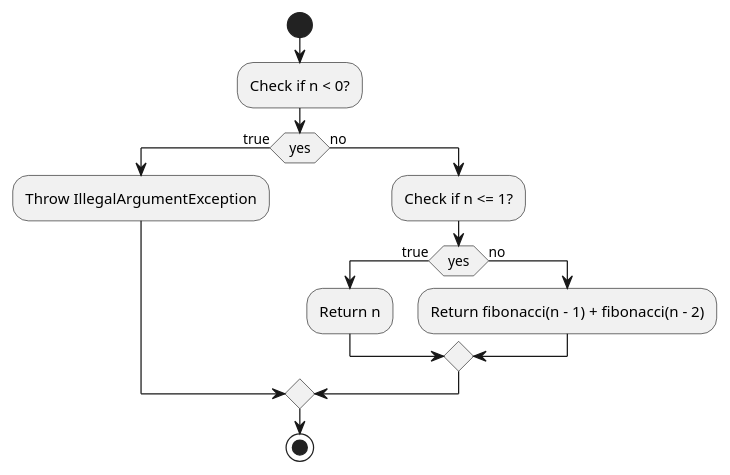
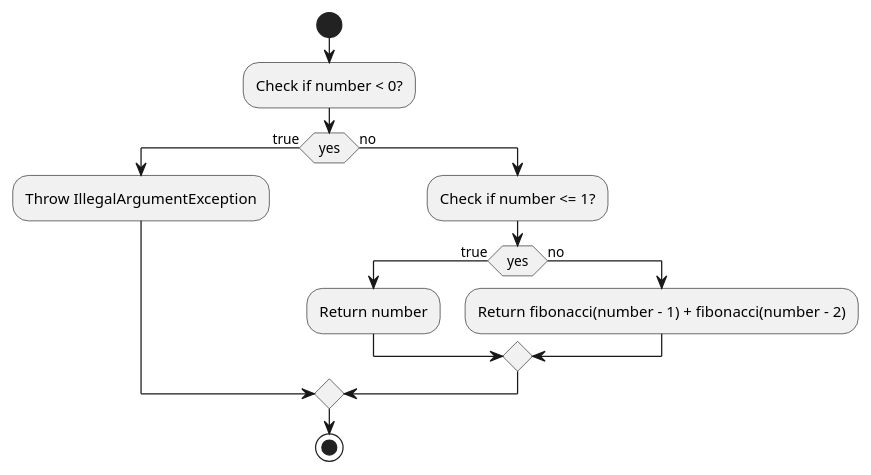
One commit to andriiiiiko/jd-homework-5 changed the diagram in diagrams/activity_diagrams/fibonacci_recursion.puml. Above: the diagram before and after it, drawn with PlantUML. The commit also changed 11 other files, not shown here.

```diff
--- a/diagrams/activity_diagrams/fibonacci_recursion.puml
+++ b/diagrams/activity_diagrams/fibonacci_recursion.puml
@@ -1,17 +1,17 @@
 @startuml
 'https://plantuml.com/activity-diagram-beta
 
 start
-:Check if n < 0?;
+:Check if number < 0?;
 if (yes) then (true)
   :Throw IllegalArgumentException;
 else (no)
-  :Check if n <= 1?;
+  :Check if number <= 1?;
   if (yes) then (true)
-    :Return n;
+    :Return number;
   else (no)
-    :Return fibonacci(n - 1) + fibonacci(n - 2);
+    :Return fibonacci(number - 1) + fibonacci(number - 2);
   endif
 endif
 stop
 @enduml
```
